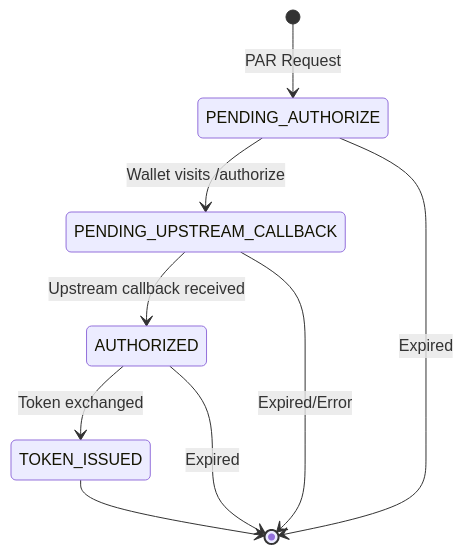
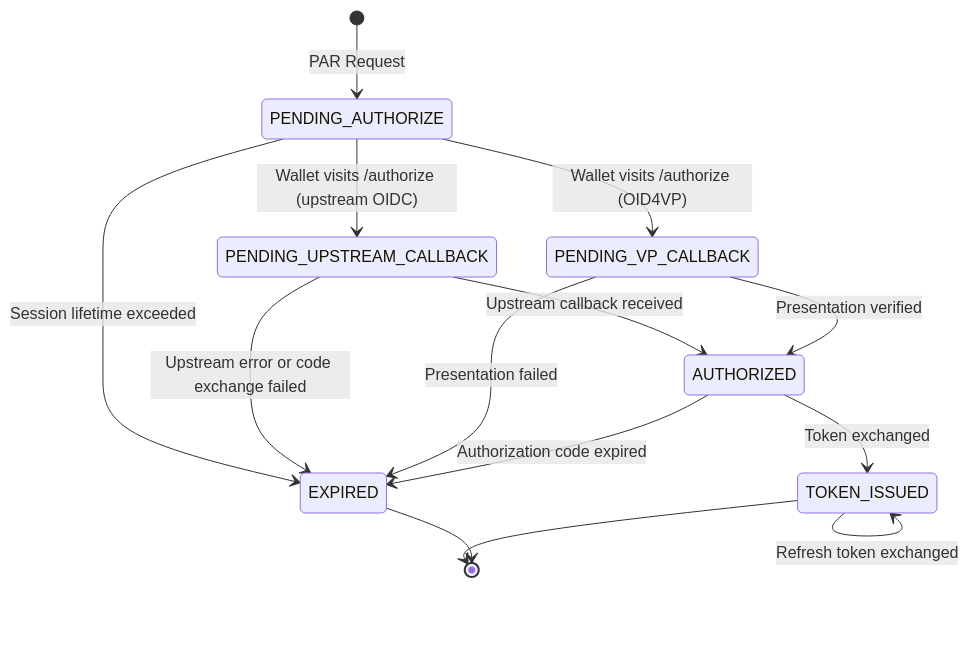
Before and after one commit to Cypher-CP0/eudiplo: the second of 2 diagrams in apps/docs/docs/architecture/authorization.md, drawn with Mermaid. The commit also changed other lines of this file and 1 other file, not shown here.

First line of the commit message:
docs(architecture): correct issuance and authorization pages (#1096)

````diff
--- a/apps/docs/docs/architecture/authorization.md
+++ b/apps/docs/docs/architecture/authorization.md
@@ -77,12 +78,17 @@
 ```mermaid
 stateDiagram-v2
     [*] --> PENDING_AUTHORIZE: PAR Request
-    PENDING_AUTHORIZE --> PENDING_UPSTREAM_CALLBACK: Wallet visits /authorize
+    PENDING_AUTHORIZE --> PENDING_UPSTREAM_CALLBACK: Wallet visits /authorize (upstream OIDC)
+    PENDING_AUTHORIZE --> PENDING_VP_CALLBACK: Wallet visits /authorize (OID4VP)
     PENDING_UPSTREAM_CALLBACK --> AUTHORIZED: Upstream callback received
+    PENDING_VP_CALLBACK --> AUTHORIZED: Presentation verified
     AUTHORIZED --> TOKEN_ISSUED: Token exchanged
+    TOKEN_ISSUED --> TOKEN_ISSUED: Refresh token exchanged
     TOKEN_ISSUED --> [*]
 
-    PENDING_AUTHORIZE --> [*]: Expired
-    PENDING_UPSTREAM_CALLBACK --> [*]: Expired/Error
-    AUTHORIZED --> [*]: Expired
+    PENDING_AUTHORIZE --> EXPIRED: Session lifetime exceeded
+    PENDING_UPSTREAM_CALLBACK --> EXPIRED: Upstream error or code exchange failed
+    PENDING_VP_CALLBACK --> EXPIRED: Presentation failed
+    AUTHORIZED --> EXPIRED: Authorization code expired
+    EXPIRED --> [*]
 ```
````
